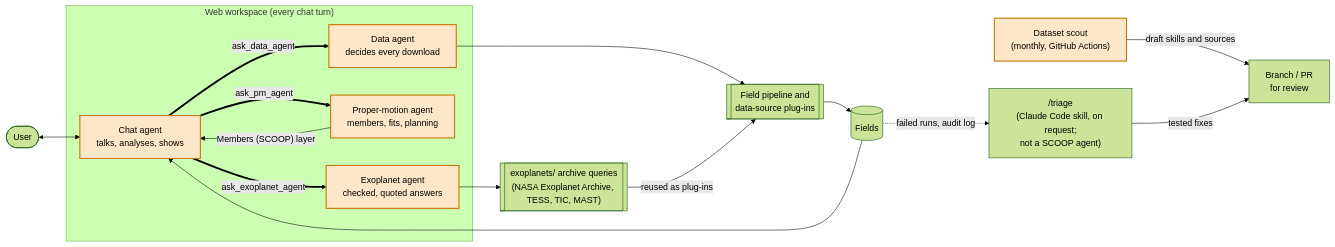
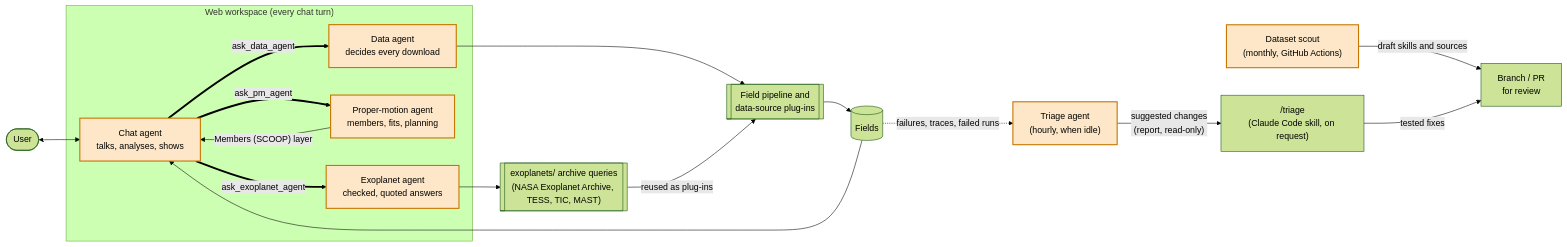
One commit to KevinMcK95/scoop changed the first of 4 diagrams in README.md. Above: the diagram before and after it, drawn with Mermaid (forest theme). The commit also changed other lines of this file and 8 other files, not shown here.

Commit message:
A triage agent: hourly, when idle, new failures become suggested changes

````diff
--- a/README.md
+++ b/README.md
@@ -347,20 +348,21 @@
 ```mermaid
 flowchart LR
     U(["User"]) <--> C
     subgraph WS["Web workspace (every chat turn)"]
         C["Chat agent<br/>talks, analyses, shows"] ==>|"ask_data_agent"| D["Data agent<br/>decides every download"]
         C ==>|"ask_pm_agent"| P["Proper-motion agent<br/>members, fits, planning"]
         C ==>|"ask_exoplanet_agent"| X["Exoplanet agent<br/>checked, quoted answers"]
     end
     P -->|"Members (SCOOP) layer"| C
     D --> J[["Field pipeline and<br/>data-source plug-ins"]]
     J --> FS[("Fields")]
     FS --> C
     X --> EQ[["exoplanets/ archive queries<br/>(NASA Exoplanet Archive, TESS, TIC, MAST)"]]
     EQ -->|"reused as plug-ins"| J
     SC["Dataset scout<br/>(monthly, GitHub Actions)"] -->|"draft skills and sources"| PR["Branch / PR<br/>for review"]
-    TR["/triage<br/>(Claude Code skill, on request;<br/>not a SCOOP agent)"] -->|"tested fixes"| PR
-    FS -.->|"failed runs, audit log"| TR
+    FS -.->|"failures, traces, failed runs"| TA["Triage agent<br/>(hourly, when idle)"]
+    TA -->|"suggested changes<br/>(report, read-only)"| TR["/triage<br/>(Claude Code skill, on request)"]
+    TR -->|"tested fixes"| PR
     classDef agent fill:#fde7c8,stroke:#c77700,stroke-width:2px,color:#000
-    class C,D,P,X,SC agent
+    class C,D,P,X,SC,TA agent
 ```
````
